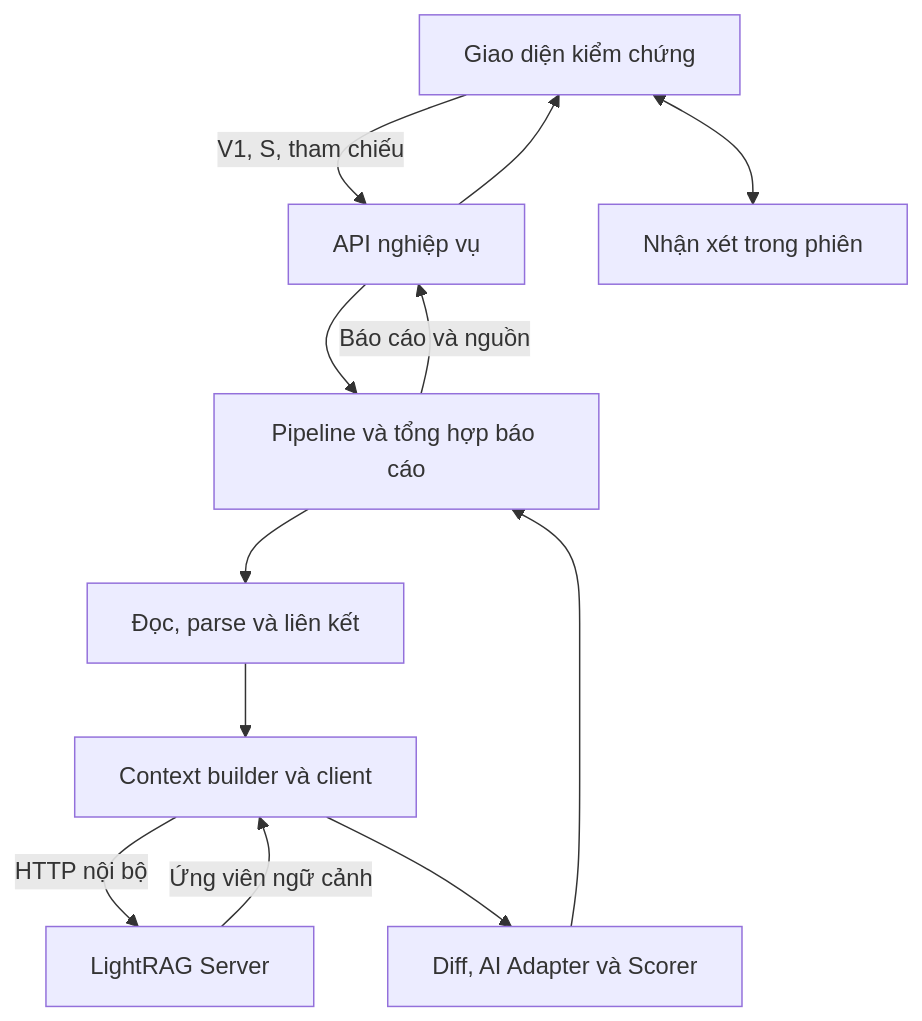
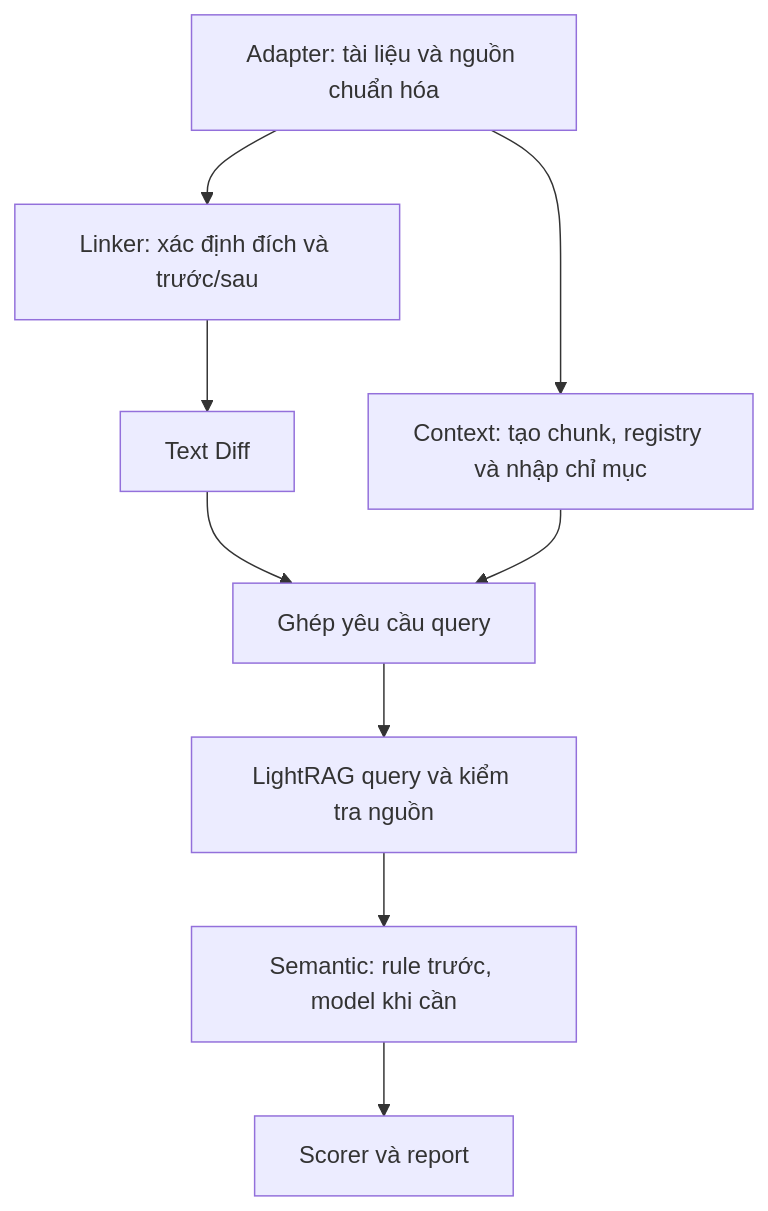
Before and after one commit to Lyra1603/group4_legal_document_change_detection: the diagram in docs/architecture.md, drawn with Mermaid. The commit also changed other lines of this file and 9 other files, not shown here.

Commit message:
docs: sync LightRAG workflow evidence and feedback scope

````diff
--- a/docs/architecture.md
+++ b/docs/architecture.md
@@ -36,14 +43,11 @@
 ```mermaid
 flowchart TD
-    UI["Giao diện kiểm chứng"] -->|"V1, S, tham chiếu"| API["API nghiệp vụ"]
-    API --> P["Pipeline và tổng hợp báo cáo"]
-    P --> DOC["Đọc, parse và liên kết"]
-    DOC --> CTX["Context builder và client"]
-    CTX -->|"HTTP nội bộ"| RAG["LightRAG Server"]
-    RAG -->|"Ứng viên ngữ cảnh"| CTX
-    CTX --> AI["Diff, AI Adapter và Scorer"]
-    AI --> P
-    P -->|"Báo cáo và nguồn"| API
-    API --> UI
-    UI <--> SESSION["Nhận xét trong phiên"]
+A["Adapter: tài liệu và nguồn chuẩn hóa"] --> B["Linker: xác định đích và trước/sau"]
+A --> C["Context: tạo chunk, registry và nhập chỉ mục"]
+B --> D["Text Diff"]
+D --> E["Ghép yêu cầu query"]
+C --> E
+E --> F["LightRAG query và kiểm tra nguồn"]
+F --> G["Semantic: rule trước, model khi cần"]
+G --> H["Scorer và report"]
 ```
````
